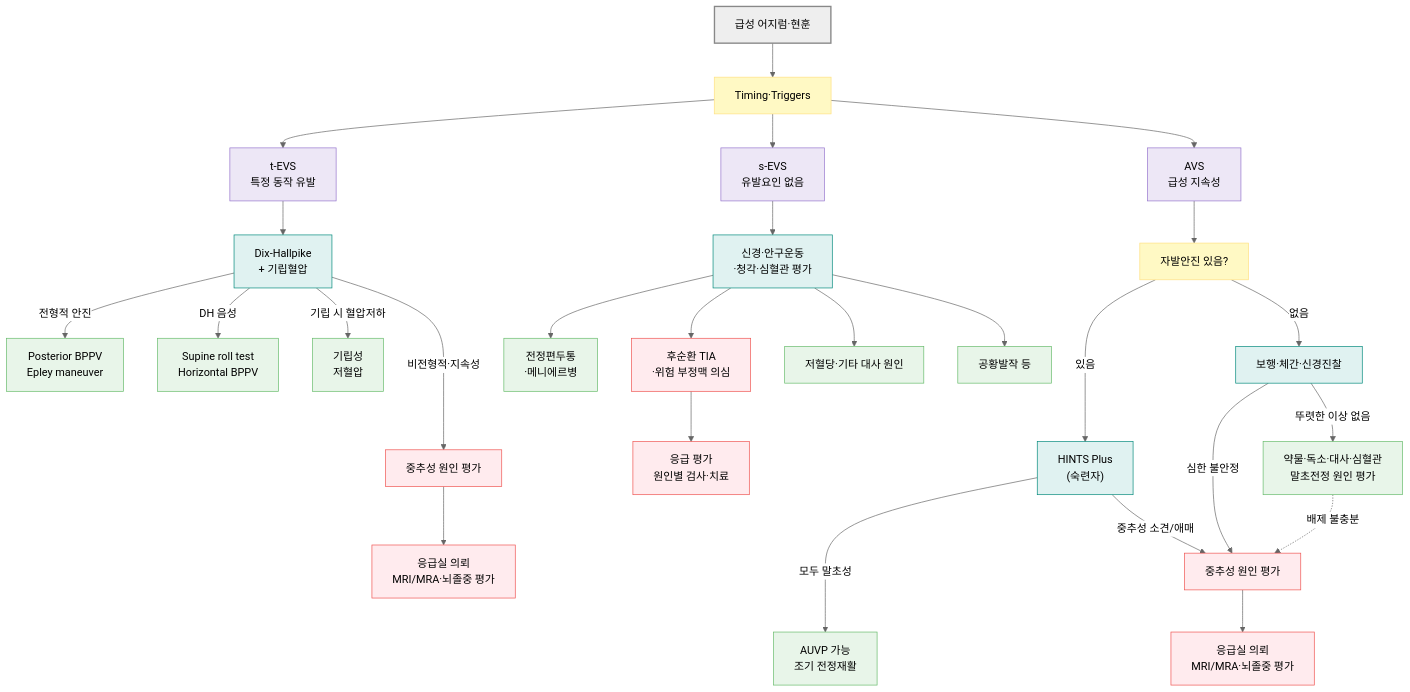
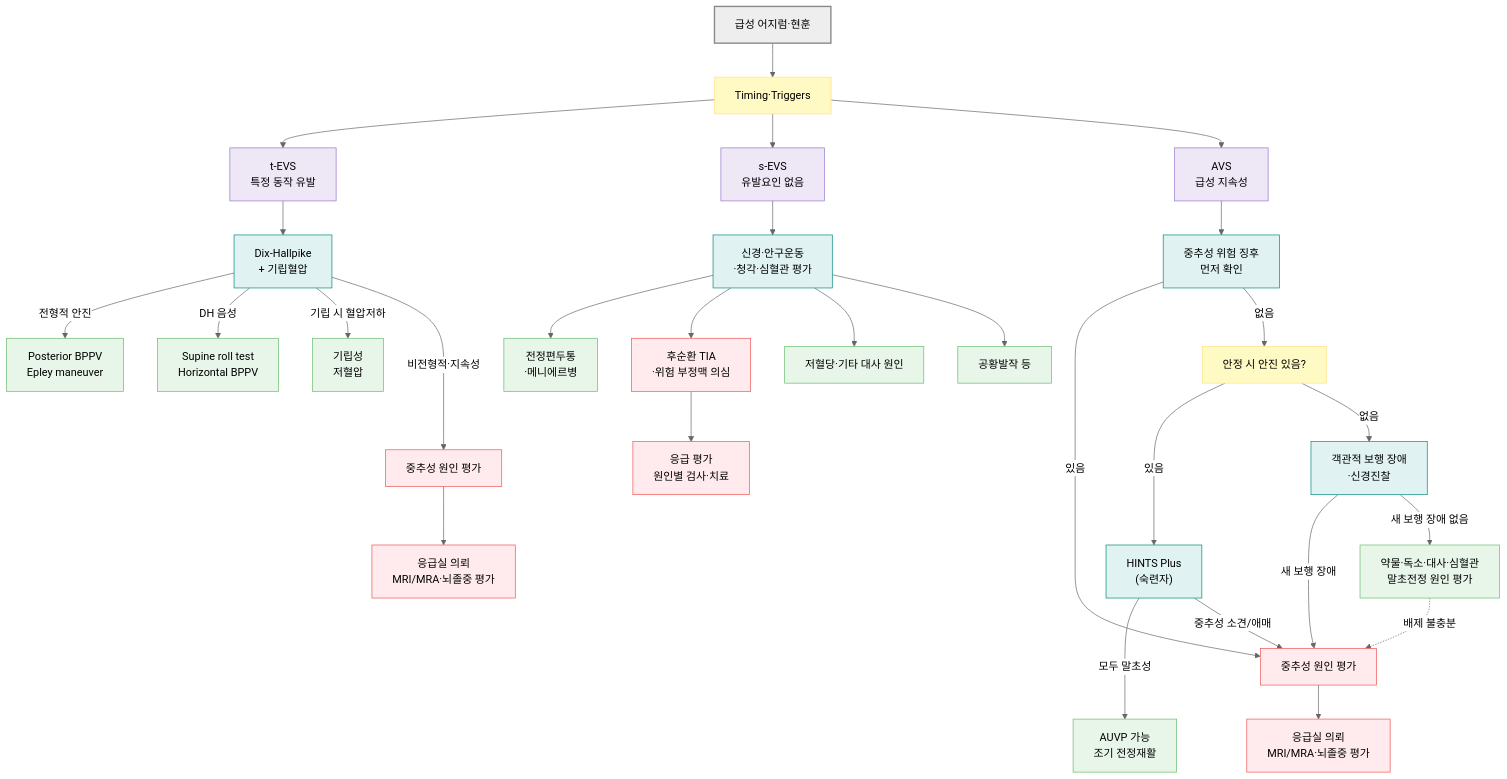
The diagram in 221_/020_-dizziness.md (familyoh77/familyoh77), drawn with Mermaid (neutral theme) before and after one commit. The commit also changed other lines of this file, not shown here.

````diff
--- a/221_/020_-dizziness.md
+++ b/221_/020_-dizziness.md
@@ -361,47 +366,49 @@
 ```mermaid
 flowchart TD
     A["급성 어지럼·현훈"] --> B["Timing·Triggers"]
     B --> C["t-EVS<br/>특정 동작 유발"]
     B --> D["s-EVS<br/>유발요인 없음"]
     B --> E["AVS<br/>급성 지속성"]
 
     C --> C1["Dix-Hallpike <br/>+ 기립혈압"]
     C1 -->|"전형적 안진"| C2["Posterior BPPV<br/>Epley maneuver"]
     C1 -->|"DH 음성"| C3["Supine roll test<br/>Horizontal BPPV"]
     C1 -->|"기립 시 혈압저하"| C4["기립성 <br/>저혈압"]
     C1 --->|"비전형적·지속성"| X["중추성 원인 평가"]
 
     D --> D1["신경·안구운동<br/>·청각·심혈관 평가"]
     D1 --> D2["전정편두통<br/>·메니에르병"]
     D1 --> D3["후순환 TIA<br/>·위험 부정맥 의심"]
     D1 --> D5["저혈당·기타 대사 원인"]
     D1 --> D4["공황발작 등"]
     D3 --> Y2["응급 평가<br/>원인별 검사·치료"]
 
-    E --> E1["자발안진 있음?"]
+    E --> E0["중추성 위험 징후<br/>먼저 확인"]
+    E0 -->|"있음"| X1
+    E0 -->|"없음"| E1["안정 시 안진 있음?"]
     E1 -->|"있음"| E2["HINTS Plus<br/>(숙련자)"]
     E2 --->|"모두 말초성"| E3["AUVP 가능<br/>조기 전정재활"]
     E2 -->|"중추성 소견/애매"| X1["중추성 원인 평가"]
-    E1 -->|"없음"| E4["보행·체간·신경진찰"]
-    E4 -->|"심한 불안정"| X1
-    E4 -->|"뚜렷한 이상 없음"| E5["약물·독소·대사·심혈관<br/>말초전정 원인 평가"]
+    E1 -->|"없음"| E4["객관적 보행 장애<br/>·신경진찰"]
+    E4 -->|"새 보행 장애"| X1
+    E4 -->|"새 보행 장애 없음"| E5["약물·독소·대사·심혈관<br/>말초전정 원인 평가"]
     E5 -.->|"배제 불충분"| X1
 
     X --> Y["응급실 의뢰<br/>MRI/MRA·뇌졸중 평가"]
     X1 --> Y1["응급실 의뢰<br/>MRI/MRA·뇌졸중 평가"]
 
     classDef start fill:#eeeeee,stroke:#888888,stroke-width:2px
     classDef branch fill:#fff9c4,stroke:#ffe082
     classDef category fill:#ede7f6,stroke:#9575cd
     classDef process fill:#e0f2f1,stroke:#00897b
     classDef outcome fill:#e8f5e9,stroke:#66bb6a
     classDef urgent fill:#ffebee,stroke:#ef5350
 
     class A start
     class B,E1 branch
     class C,D,E category
-    class C1,D1,E2,E4 process
+    class C1,D1,E0,E2,E4 process
     class C2,C3,C4,D2,D4,D5,E3,E5 outcome
     class X,Y,X1,Y1,D3,Y2 urgent
 
 ```
````
